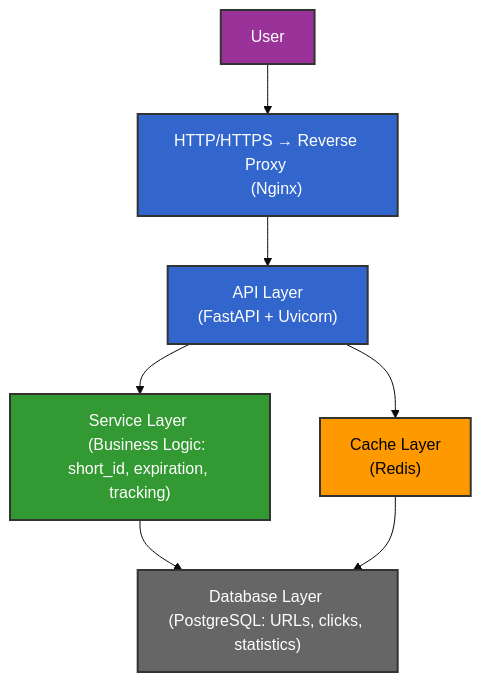
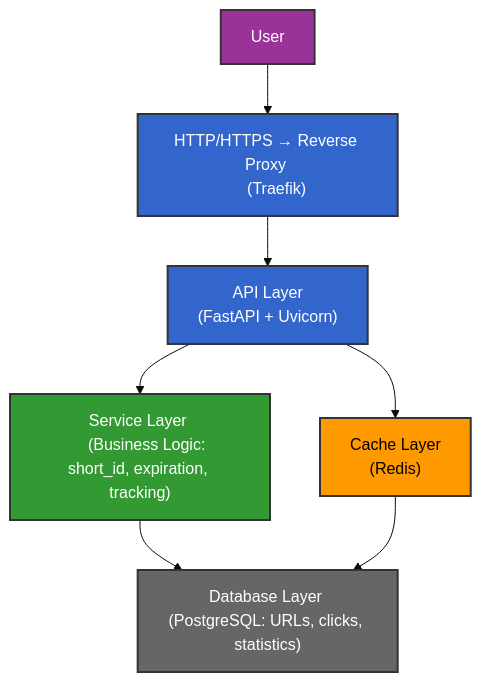
One commit to adanSiqueira/py-url-shortener changed the diagram in README.md. Above: the diagram before and after it, drawn with Mermaid (base theme). The commit also changed other lines of this file, not shown here.

````diff
--- a/README.md
+++ b/README.md
@@ -35,29 +35,29 @@
 ```mermaid
 flowchart TD
     %% User interaction
     A[User] --> B["HTTP/HTTPS → Reverse Proxy 
-    (Nginx)"]
+    (Traefik)"]
     
     %% API Layer
     B --> C["API Layer 
     (FastAPI + Uvicorn)"]
     
     %% Service and Cache Layers
     C --> D["Service Layer 
     (Business Logic: short_id, expiration, tracking)"]
     C --> E["Cache Layer 
     (Redis)"]
     
     %% Database Layer
     D --> F["Database Layer (PostgreSQL: URLs, clicks, statistics)"]
     E --> F
     
     %% Styles
     style A fill:#993399,stroke:#333,stroke-width:2px,color:#fff
     style B fill:#3366cc,stroke:#333,stroke-width:2px,color:#fff
     style C fill:#3366cc,stroke:#333,stroke-width:2px,color:#fff
     style D fill:#339933,stroke:#333,stroke-width:2px,color:#fff
     style E fill:#ff9900,stroke:#333,stroke-width:2px,color:#000
     style F fill:#666666,stroke:#333,stroke-width:2px,color:#fff
 
 ```
````
